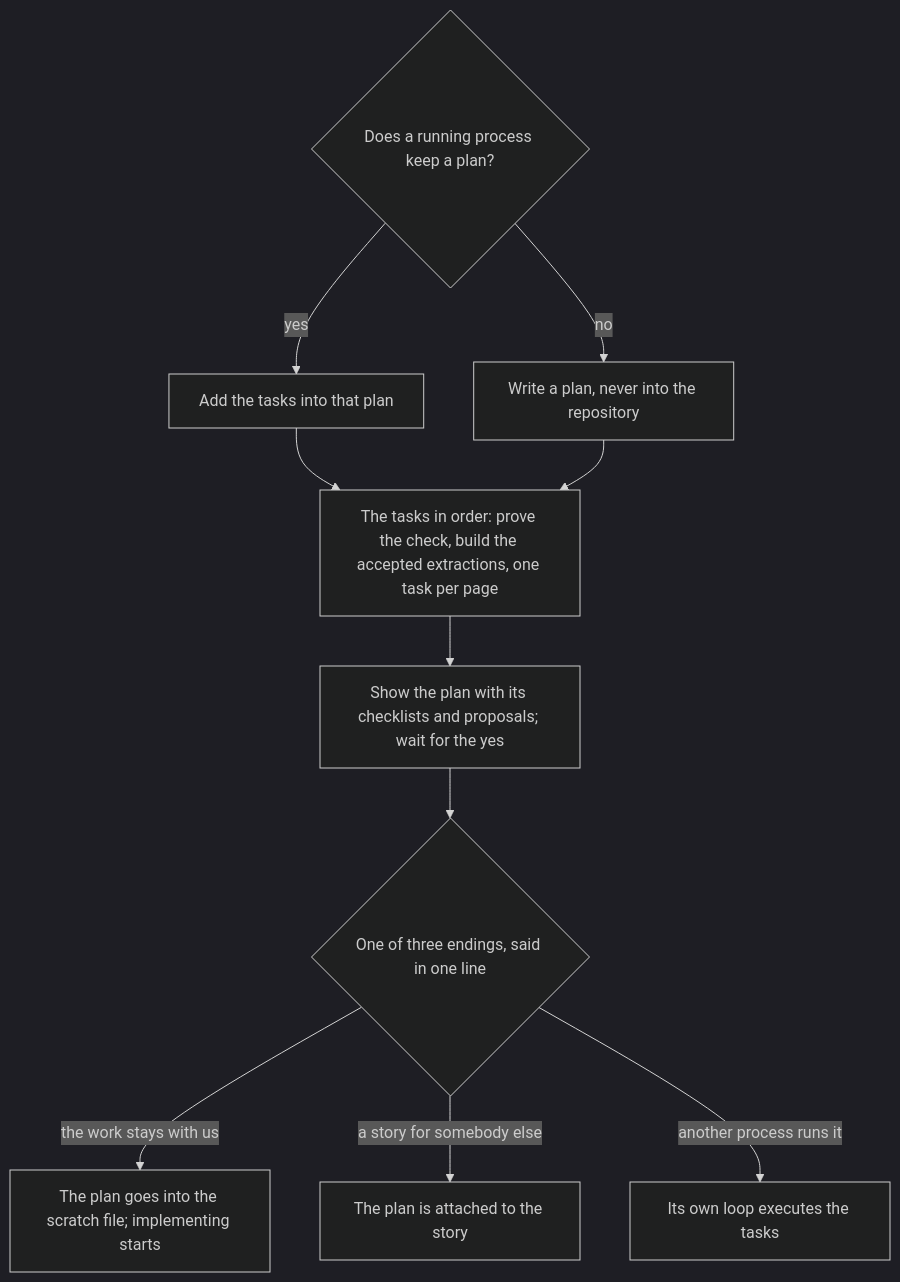
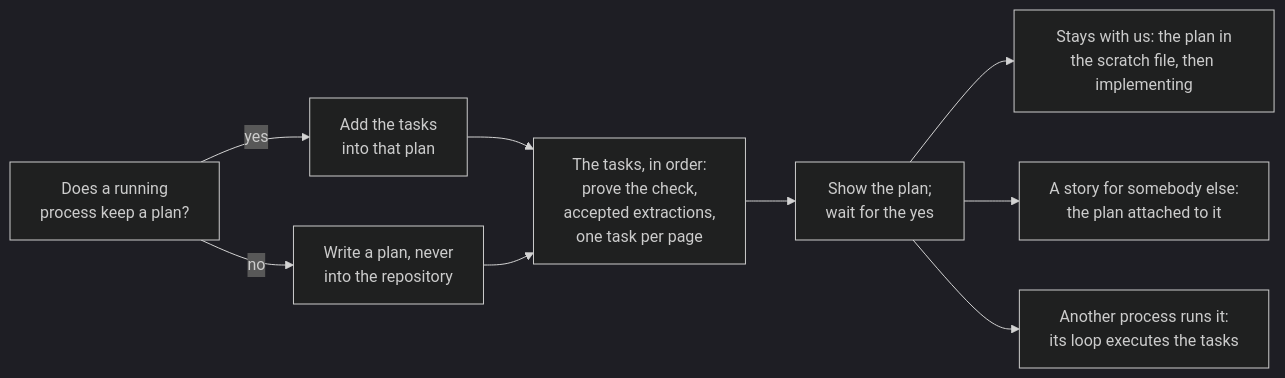
The fifth of 7 diagrams in docs/how-it-works.md (kamenkurtev/ui-consistency), drawn with Mermaid (dark theme) before and after one commit. The commit also changed other lines of this file, not shown here.

Commit message:
Lay the diagrams out left to right, so each fits one screen (#466)

````diff
--- a/docs/how-it-works.md
+++ b/docs/how-it-works.md
@@ -117,14 +118,13 @@
 ```mermaid
-flowchart TB
-  J{"Does a running process keep a plan?"}
-  J -->|"yes"| A["Add the tasks into that plan"]
-  J -->|"no"| W["Write a plan, never into the repository"]
+flowchart LR
+  J["Does a running<br>process keep a plan?"]
+  J -->|"yes"| A["Add the tasks<br>into that plan"]
+  J -->|"no"| W["Write a plan, never<br>into the repository"]
   A --> T
   W --> T
-  T["The tasks in order: prove the check, build the accepted extractions, one task per page"]
-  T --> Y["Show the plan with its checklists and proposals; wait for the yes"]
-  Y --> E{"One of three endings, said in one line"}
-  E -->|"the work stays with us"| E1["The plan goes into the scratch file; implementing starts"]
-  E -->|"a story for somebody else"| E2["The plan is attached to the story"]
-  E -->|"another process runs it"| E3["Its own loop executes the tasks"]
+  T["The tasks, in order:<br>prove the check,<br>accepted extractions,<br>one task per page"]
+  T --> Y["Show the plan;<br>wait for the yes"]
+  Y --> E1["Stays with us: the plan in<br>the scratch file, then implementing"]
+  Y --> E2["A story for somebody else:<br>the plan attached to it"]
+  Y --> E3["Another process runs it:<br>its loop executes the tasks"]
 ```
````
